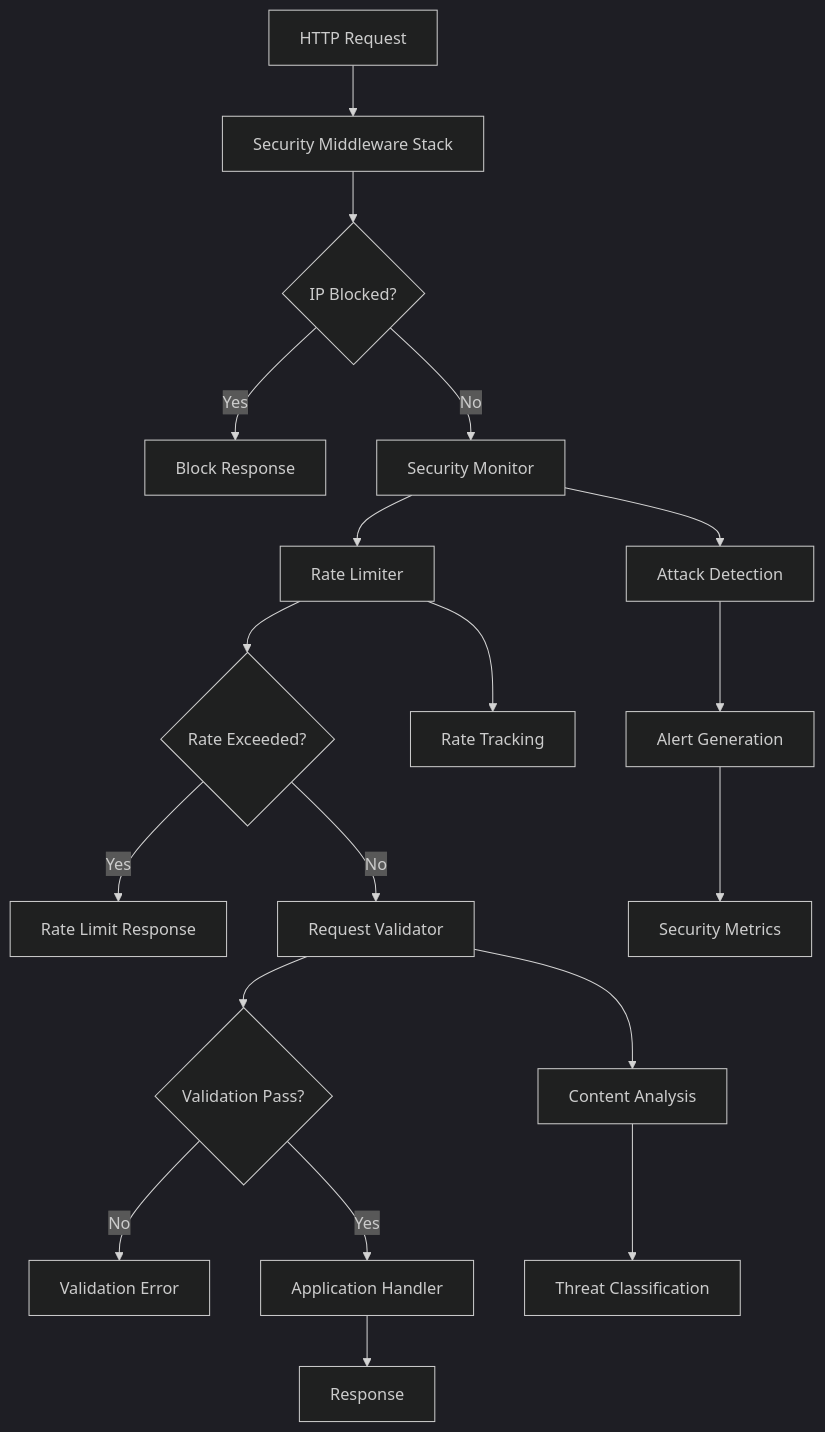
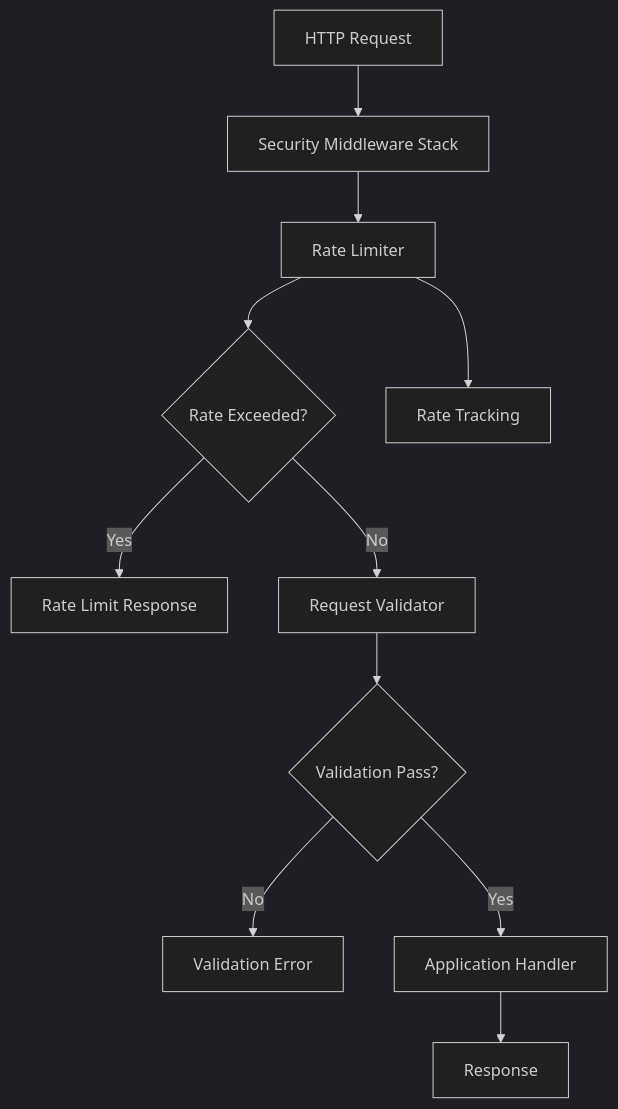
Before and after one commit to ginsys/shelly-manager: the diagram in docs/development/api-security-architecture.md, drawn with Mermaid (dark theme). The commit also changed other lines of this file and 68 other files, not shown here.

First line of the commit message:
refactor(api): remove the security monitor and IP blocking

````diff
--- a/docs/development/api-security-architecture.md
+++ b/docs/development/api-security-architecture.md
@@ -70,23 +64,14 @@
 ```mermaid
 graph TB
     A[HTTP Request] --> B[Security Middleware Stack]
-    B --> C{IP Blocked?}
-    C -->|Yes| D[Block Response]
-    C -->|No| E[Security Monitor]
-    E --> F[Rate Limiter]
+    B --> F[Rate Limiter]
     F --> G{Rate Exceeded?}
     G -->|Yes| H[Rate Limit Response]
     G -->|No| I[Request Validator]
     I --> J{Validation Pass?}
     J -->|No| K[Validation Error]
     J -->|Yes| L[Application Handler]
     L --> M[Response]
-    
-    E --> N[Attack Detection]
-    N --> O[Alert Generation]
-    O --> P[Security Metrics]
-    
+
     F --> Q[Rate Tracking]
-    I --> R[Content Analysis]
-    R --> S[Threat Classification]
 ```
````
